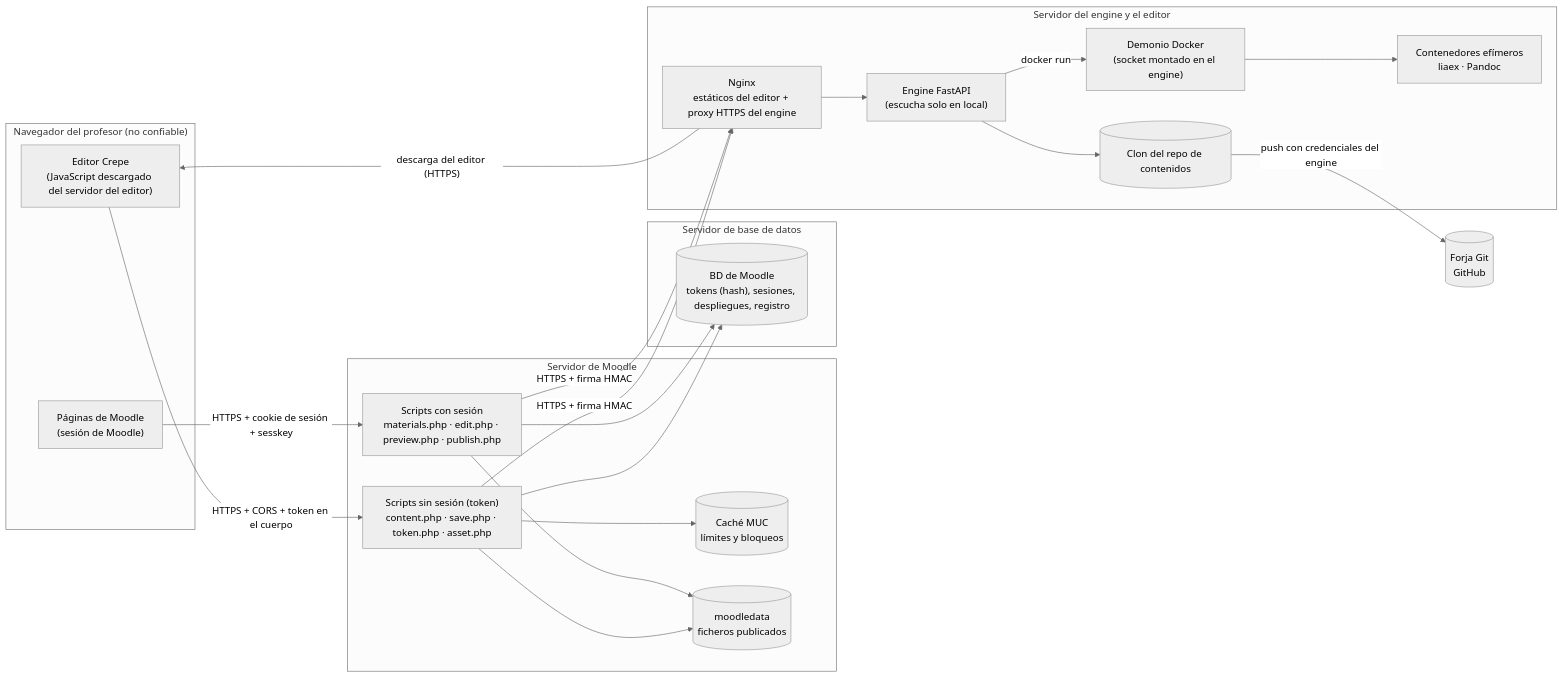
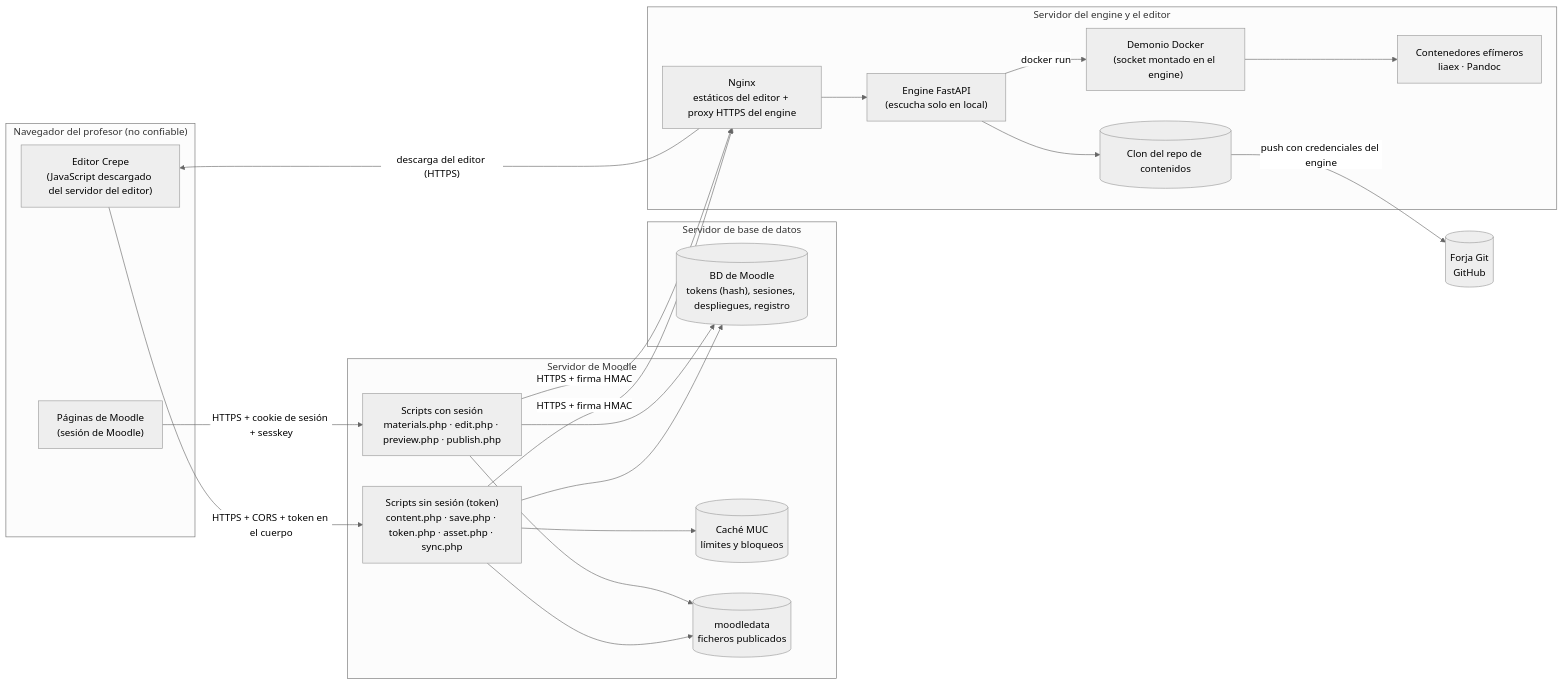
The first of 15 diagrams in docs/Seguridad — Evaluación del plugin local_liamateriales.md (darioaxel/moodle-liaeditor-git), drawn with Mermaid (neutral theme) before and after one commit. The commit also changed other lines of this file and 7 other files, not shown here.

````diff
--- a/docs/Seguridad — Evaluación del plugin local_liamateriales.md
+++ b/docs/Seguridad — Evaluación del plugin local_liamateriales.md
@@ -41,44 +41,44 @@
 ```mermaid
 flowchart LR
   subgraph Z1["Navegador del profesor (no confiable)"]
     ED["Editor Crepe<br/>(JavaScript descargado del servidor del editor)"]
     MB["Páginas de Moodle<br/>(sesión de Moodle)"]
   end
 
   subgraph SM["Servidor de Moodle"]
     PS["Scripts con sesión<br/>materials.php · edit.php · preview.php · publish.php"]
-    PT["Scripts sin sesión (token)<br/>content.php · save.php · token.php · asset.php"]
+    PT["Scripts sin sesión (token)<br/>content.php · save.php · token.php · asset.php · sync.php"]
     MUC[("Caché MUC<br/>límites y bloqueos")]
     FS[("moodledata<br/>ficheros publicados")]
   end
 
   subgraph SB["Servidor de base de datos"]
     DB[("BD de Moodle<br/>tokens (hash), sesiones, despliegues, registro")]
   end
 
   subgraph SE["Servidor del engine y el editor"]
     WEB["Nginx<br/>estáticos del editor + proxy HTTPS del engine"]
     EN["Engine FastAPI<br/>(escucha solo en local)"]
     GIT[("Clon del repo de contenidos")]
     DK["Demonio Docker<br/>(socket montado en el engine)"]
     LX["Contenedores efímeros<br/>liaex · Pandoc"]
   end
 
   FORGE[("Forja Git<br/>GitHub")]
 
   WEB -- "descarga del editor (HTTPS)" --> ED
   MB -- "HTTPS + cookie de sesión + sesskey" --> PS
   ED -- "HTTPS + CORS + token en el cuerpo" --> PT
   PS --> DB
   PT --> DB
   PT --> MUC
   PS --> FS
   PT --> FS
   PS -- "HTTPS + firma HMAC" --> WEB
   PT -- "HTTPS + firma HMAC" --> WEB
   WEB --> EN
   EN --> GIT
   GIT -- "push con credenciales del engine" --> FORGE
   EN -- "docker run" --> DK
   DK --> LX
 ```
````
